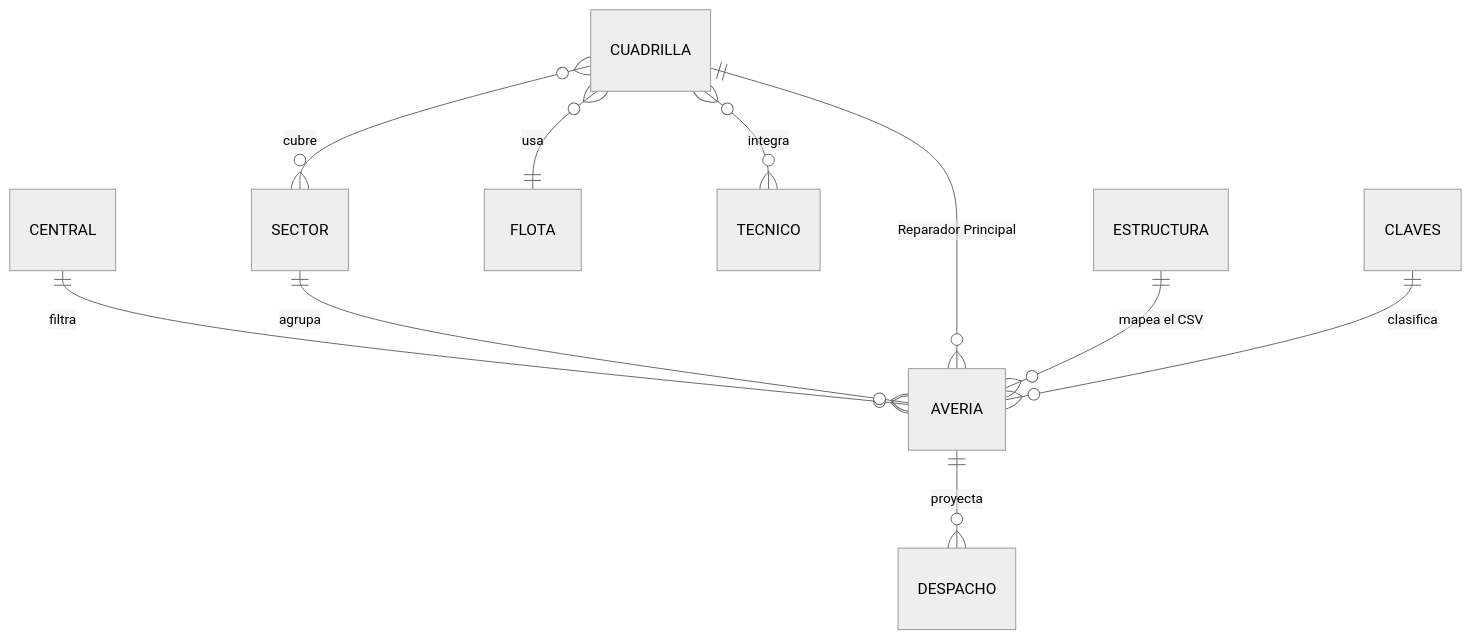
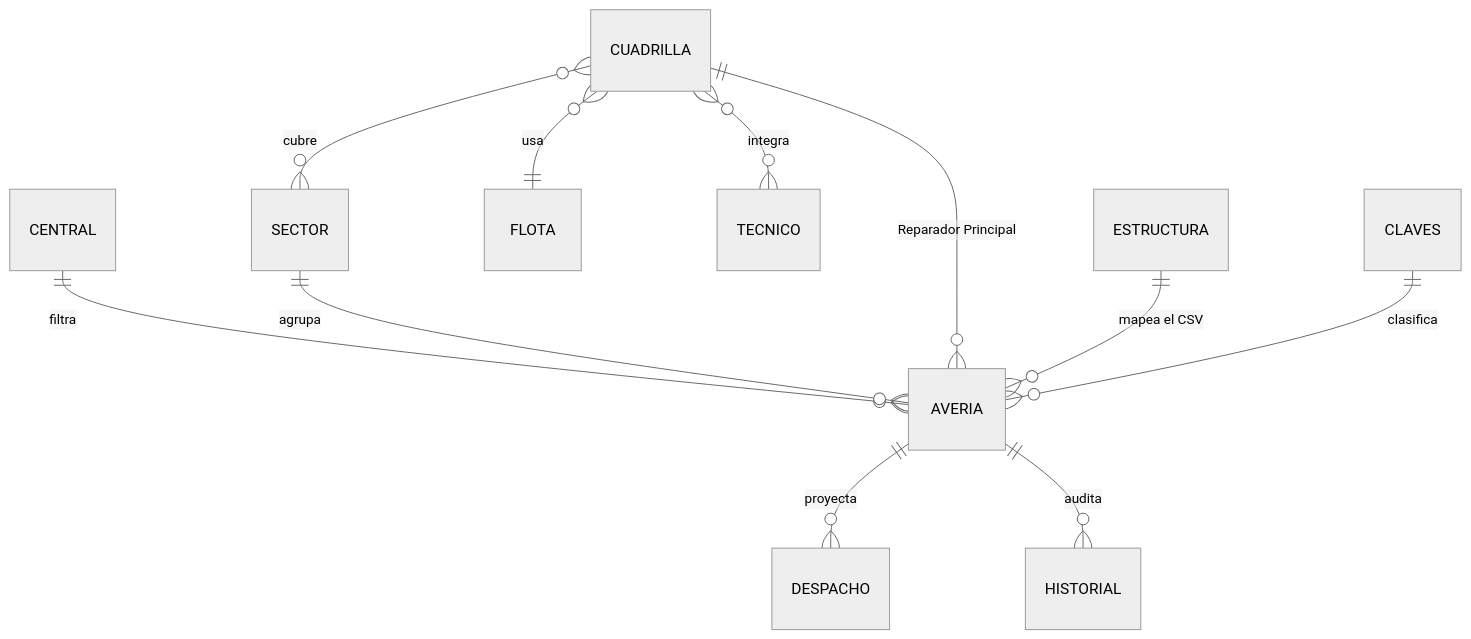
One commit to anlucorporations/GGTO changed the diagram in RepoTecnico/diccionario_datos.md. Above: the diagram before and after it, drawn with Mermaid (neutral theme). The commit also changed other lines of this file and 5 other files, not shown here.

````diff
--- a/RepoTecnico/diccionario_datos.md
+++ b/RepoTecnico/diccionario_datos.md
@@ -206,12 +246,13 @@
 ```mermaid
 erDiagram
   CENTRAL ||--o{ AVERIA : filtra
   SECTOR ||--o{ AVERIA : agrupa
   CUADRILLA ||--o{ AVERIA : "Reparador Principal"
   CUADRILLA }o--|| FLOTA : usa
   CUADRILLA }o--o{ TECNICO : integra
   CUADRILLA }o--o{ SECTOR : cubre
   AVERIA ||--o{ DESPACHO : proyecta
+  AVERIA ||--o{ HISTORIAL : audita
   ESTRUCTURA ||--o{ AVERIA : "mapea el CSV"
   CLAVES ||--o{ AVERIA : clasifica
 ```
````
